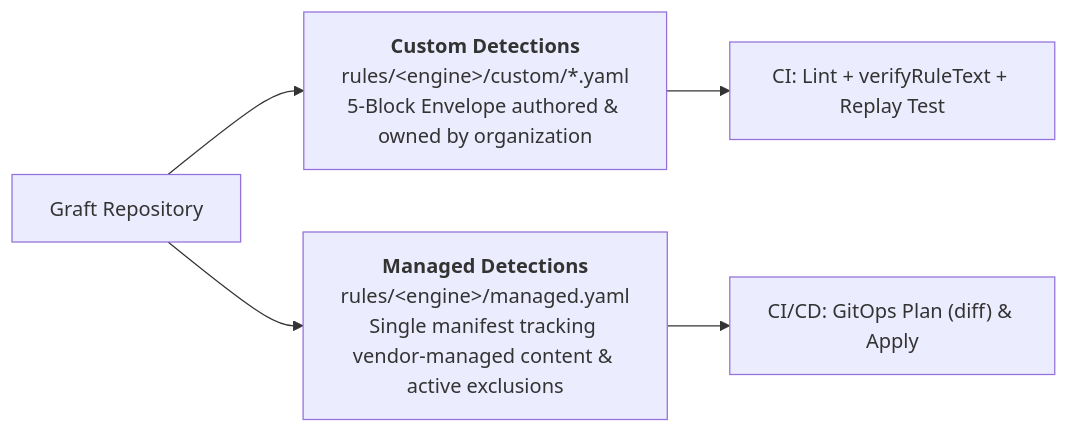
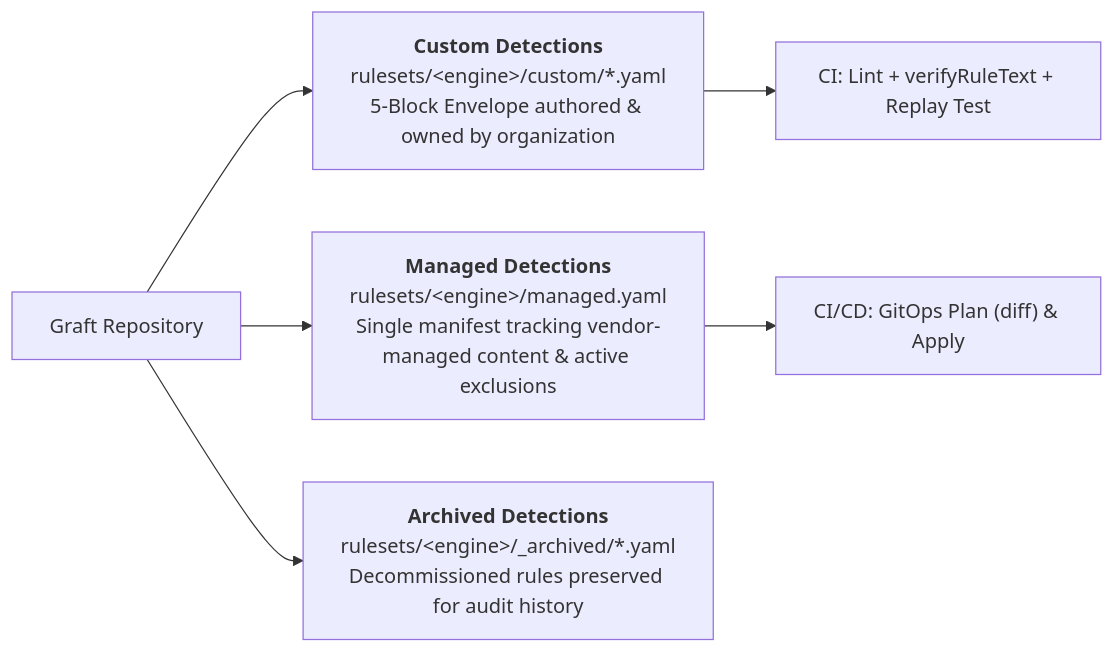
Before and after one commit to lopes/graft: the second of 2 diagrams in docs/architecture.md, drawn with Mermaid. The commit also changed other lines of this file and 15 other files, not shown here.

````diff
--- a/docs/architecture.md
+++ b/docs/architecture.md
@@ -63,8 +63,9 @@
 ```mermaid
 flowchart LR
-    REPO["Graft Repository"] --> CUSTOM["<b>Custom Detections</b><br/>rules/&lt;engine&gt;/custom/*.yaml<br/>5-Block Envelope authored & owned by organization"]
-    REPO --> MANAGED["<b>Managed Detections</b><br/>rules/&lt;engine&gt;/managed.yaml<br/>Single manifest tracking vendor-managed content & active exclusions"]
+    REPO["Graft Repository"] --> CUSTOM["<b>Custom Detections</b><br/>rulesets/&lt;engine&gt;/custom/*.yaml<br/>5-Block Envelope authored & owned by organization"]
+    REPO --> MANAGED["<b>Managed Detections</b><br/>rulesets/&lt;engine&gt;/managed.yaml<br/>Single manifest tracking vendor-managed content & active exclusions"]
+    REPO --> ARCHIVED["<b>Archived Detections</b><br/>rulesets/&lt;engine&gt;/_archived/*.yaml<br/>Decommissioned rules preserved for audit history"]
 
     CUSTOM --> VERIFY["CI: Lint + verifyRuleText + Replay Test"]
     MANAGED --> RECONCILE["CI/CD: GitOps Plan (diff) & Apply"]
 ```
````
